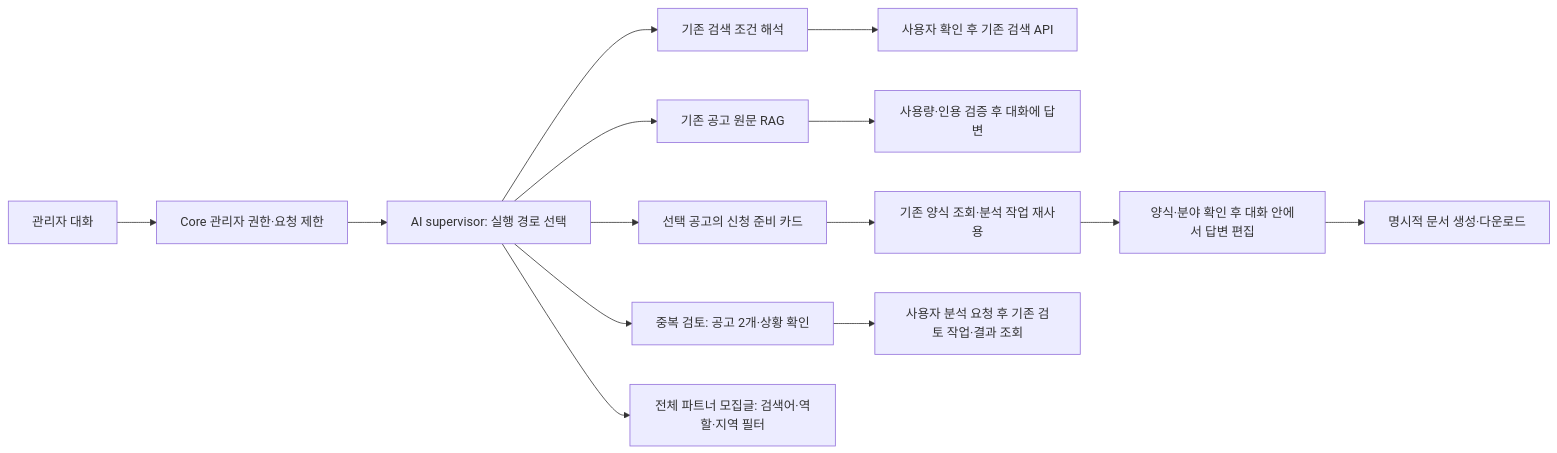
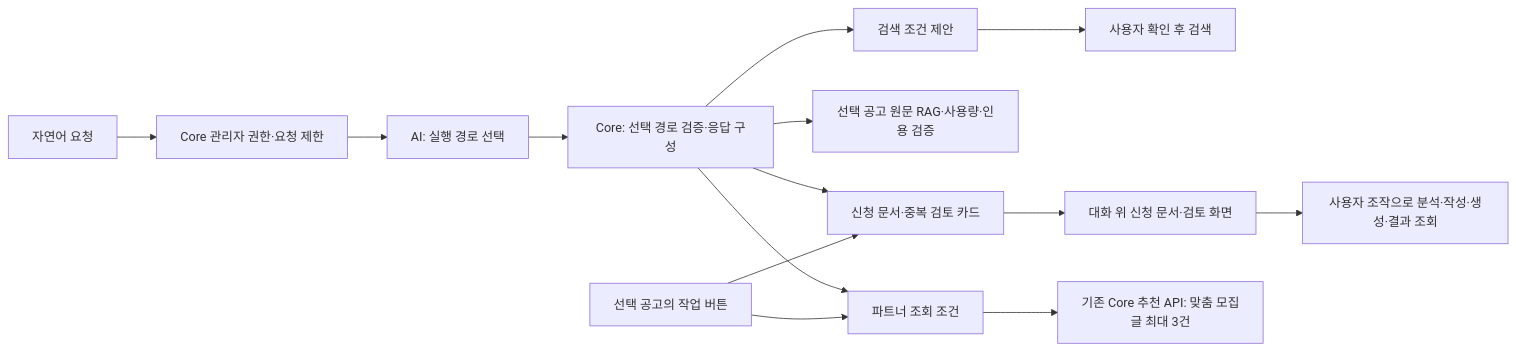
Diagram 19 of 24 in README.md (20220348-kim/SKN34-4th-1Team), drawn with Mermaid before and after one commit. The commit also changed other lines of this file, not shown here.

Commit message:
문서: 관리자 Gov 에이전트 기능과 실행 흐름 최신화

````diff
--- a/README.md
+++ b/README.md
@@ -910,16 +914,16 @@
 ```mermaid
 flowchart LR
-    Chat[관리자 대화] --> Core[Core 관리자 권한·요청 제한]
-    Core --> Supervisor[AI supervisor: 실행 경로 선택]
-    Supervisor --> Search[기존 검색 조건 해석]
-    Supervisor --> Evidence[기존 공고 원문 RAG]
-    Supervisor --> Application[선택 공고의 신청 준비 카드]
-    Supervisor --> Review[중복 검토: 공고 2개·상황 확인]
-    Supervisor --> Partners[전체 파트너 모집글: 검색어·역할·지역 필터]
-    Search --> Confirm[사용자 확인 후 기존 검색 API]
-    Evidence --> Reply[사용량·인용 검증 후 대화에 답변]
-    Application --> Forms[기존 양식 조회·분석 작업 재사용]
-    Forms --> Editor[양식·분야 확인 후 대화 안에서 답변 편집]
-    Editor --> File[명시적 문서 생성·다운로드]
-    Review --> ReviewResult[사용자 분석 요청 후 기존 검토 작업·결과 조회]
+    Text[자연어 요청] --> Core[Core 관리자 권한·요청 제한]
+    Core --> Supervisor[AI: 실행 경로 선택]
+    Supervisor --> Dispatch[Core: 선택 경로 검증·응답 구성]
+    Dispatch --> Search[검색 조건 제안]
+    Search --> Confirm[사용자 확인 후 검색]
+    Dispatch --> Evidence[선택 공고 원문 RAG·사용량·인용 검증]
+    Dispatch --> Cards[신청 문서·중복 검토 카드]
+    Dispatch --> Conditions[파트너 조회 조건]
+    Buttons[선택 공고의 작업 버튼] --> Cards
+    Buttons --> Conditions
+    Cards --> Sheet[대화 위 신청 문서·검토 화면]
+    Sheet --> Work[사용자 조작으로 분석·작성·생성·결과 조회]
+    Conditions --> Partners[기존 Core 추천 API: 맞춤 모집글 최대 3건]
 ```
````
